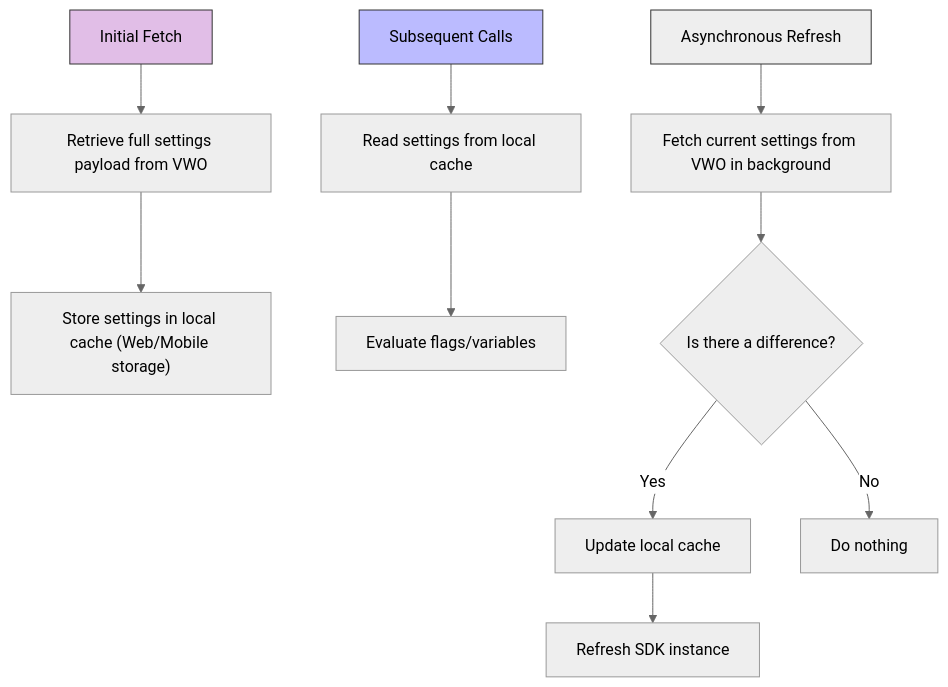
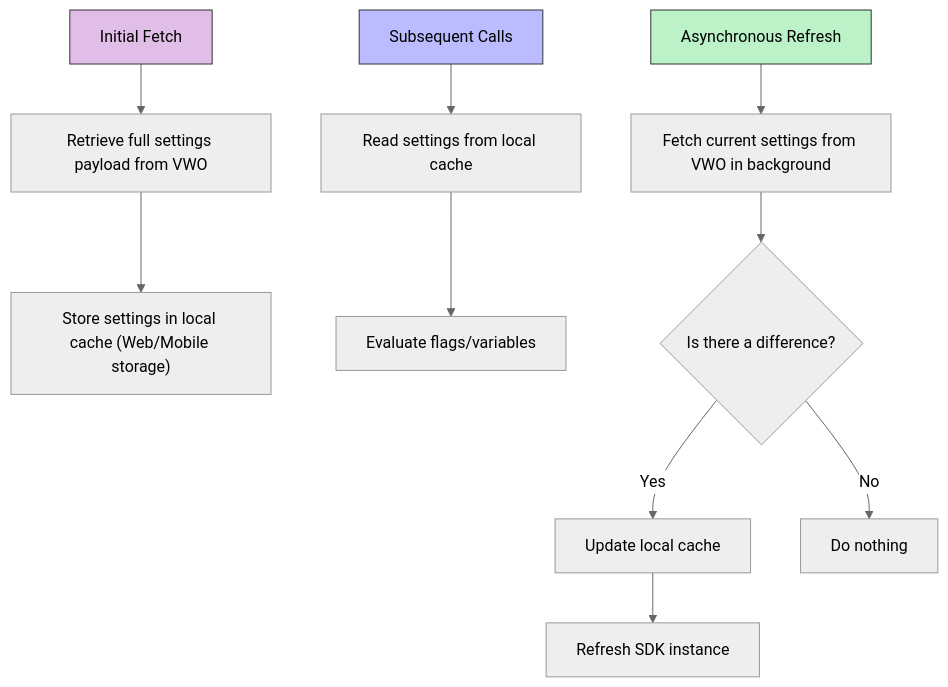
One commit to wingify/readme-central changed the first of 3 diagrams in docs/Concepts/fme-sdks-caching.md. Above: the diagram before and after it, drawn with Mermaid (neutral theme).

Commit message:
Update doc `fme-sdks-caching`

````diff
--- a/docs/Concepts/fme-sdks-caching.md
+++ b/docs/Concepts/fme-sdks-caching.md
@@ -50,19 +50,19 @@
 ```mermaid
 flowchart TD
     A[Initial Fetch] --> B[Retrieve full settings payload from VWO]
     B --> C["Store settings in local cache (Web/Mobile storage)"]
 
     D[Subsequent Calls] --> E[Read settings from local cache]
     E --> F[Evaluate flags/variables]
 
     G[Asynchronous Refresh] --> H[Fetch current settings from VWO in background]
     H --> I{Is there a difference?}
     I -- Yes --> J[Update local cache]
     J --> K[Refresh SDK instance]
     I -- No --> L[Do nothing]
 
     style A fill:#E1BEE7,stroke:#333,stroke-width:1px
     style D fill:#bbf,stroke:#333,stroke-width:1px
-    style G fill:#green,stroke:#333,stroke-width:1px
+    style G fill:#bbf2c7,stroke:#333,stroke-width:1px
 
 ```
````
